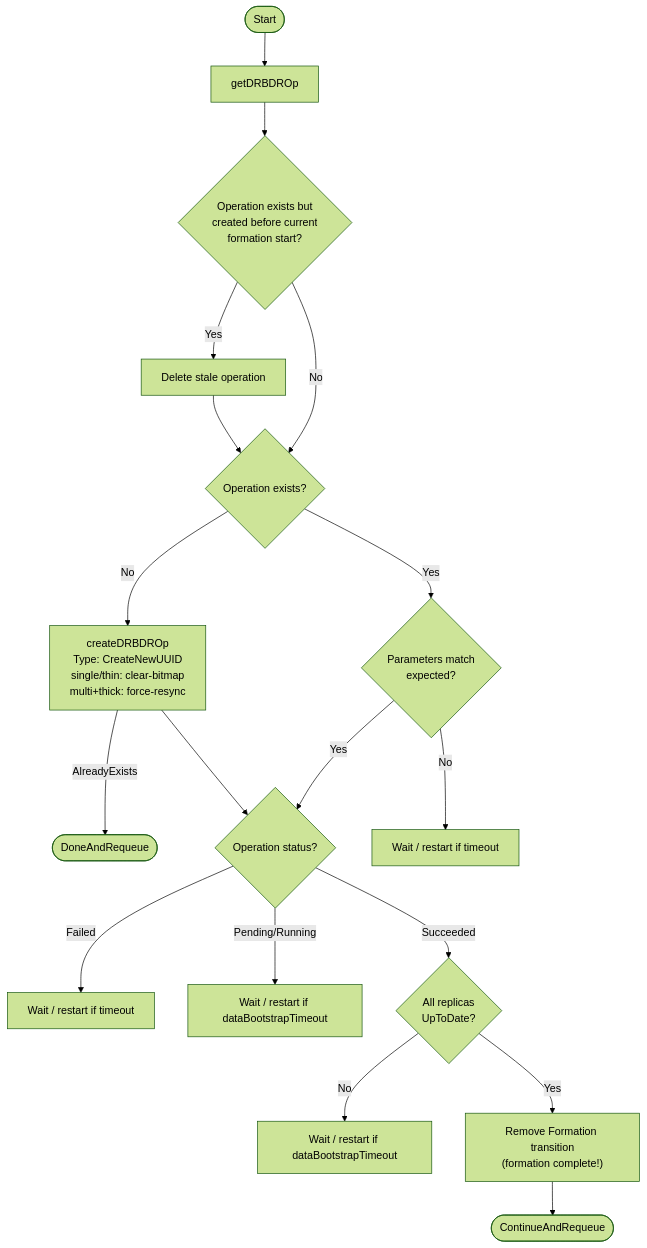
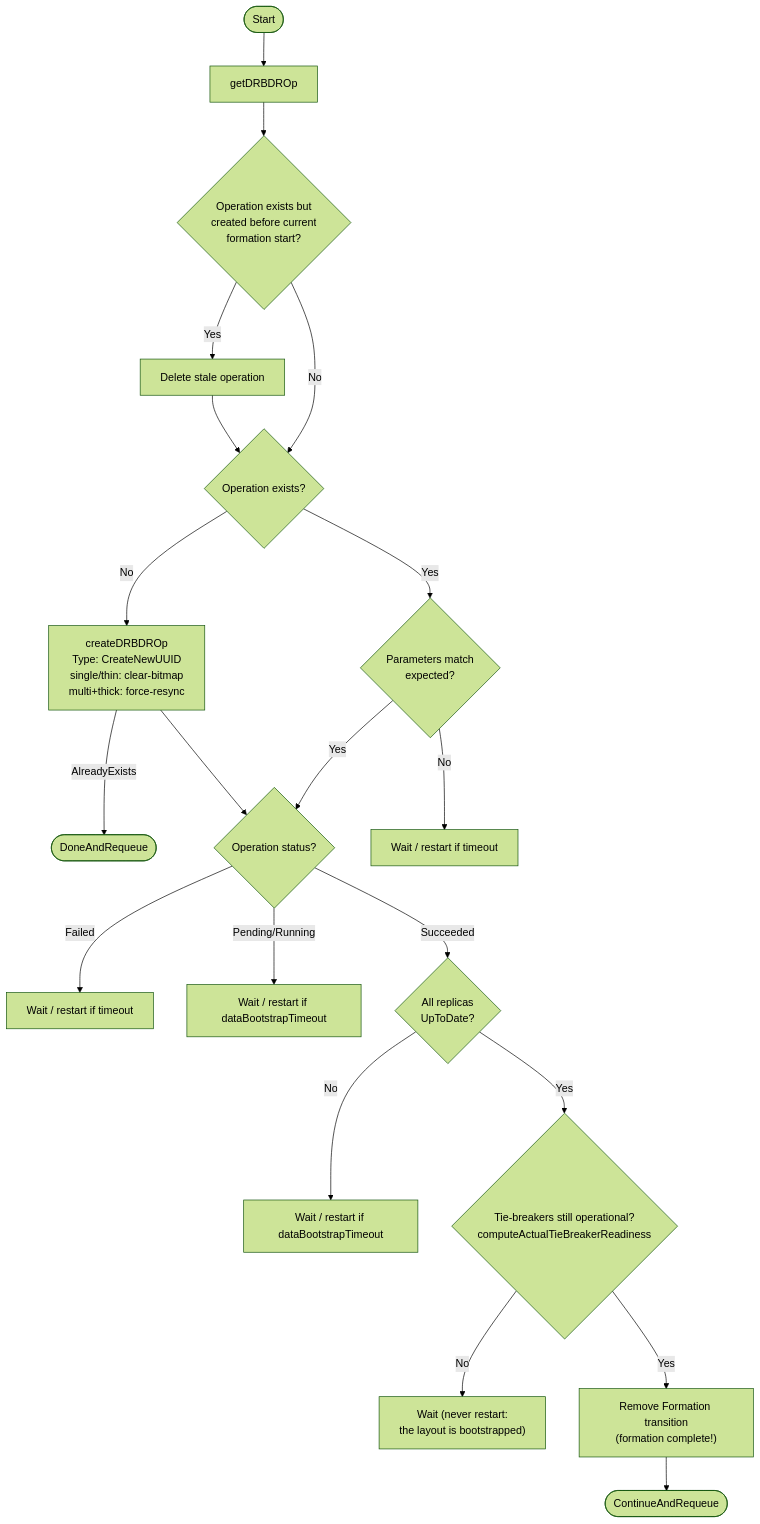
Before and after one commit to deckhouse/sds-replicated-volume: the seventh of 12 diagrams in images/controller/internal/controllers/rv_controller/README.md, drawn with Mermaid (forest theme). The commit also changed other lines of this file and 7 other files, not shown here.

First line of the commit message:
[controller] Gate formation completion on tie-breaker readiness

````diff
--- a/images/controller/internal/controllers/rv_controller/README.md
+++ b/images/controller/internal/controllers/rv_controller/README.md
@@ -908,25 +932,27 @@
 ```mermaid
 flowchart TD
     Start([Start]) --> GetOp[getDRBDROp]
     GetOp --> CheckStale{"Operation exists but<br/>created before current<br/>formation start?"}
     CheckStale -->|Yes| DeleteStale[Delete stale operation]
     DeleteStale --> CheckExists
 
     CheckStale -->|No| CheckExists{Operation exists?}
     CheckExists -->|No| CreateOp["createDRBDROp<br/>Type: CreateNewUUID<br/>single/thin: clear-bitmap<br/>multi+thick: force-resync"]
     CreateOp -->|AlreadyExists| Requeue([DoneAndRequeue])
     CreateOp --> CheckStatus
 
     CheckExists -->|Yes| VerifyParams{"Parameters match<br/>expected?"}
     VerifyParams -->|No| WaitRestart1[Wait / restart if timeout]
     VerifyParams -->|Yes| CheckStatus
 
     CheckStatus{"Operation status?"}
     CheckStatus -->|Failed| WaitRestart2[Wait / restart if timeout]
     CheckStatus -->|Pending/Running| WaitTimeout[Wait / restart if dataBootstrapTimeout]
     CheckStatus -->|Succeeded| CheckUpToDate{"All replicas<br/>UpToDate?"}
 
     CheckUpToDate -->|No| WaitSync[Wait / restart if dataBootstrapTimeout]
-    CheckUpToDate -->|Yes| Complete["Remove Formation transition<br/>(formation complete!)"]
+    CheckUpToDate -->|Yes| CheckTBReady{"Tie-breakers still operational?<br/>computeActualTieBreakerReadiness"}
+    CheckTBReady -->|No| WaitTB["Wait (never restart:<br/>the layout is bootstrapped)"]
+    CheckTBReady -->|Yes| Complete["Remove Formation transition<br/>(formation complete!)"]
     Complete --> End([ContinueAndRequeue])
 ```
````
